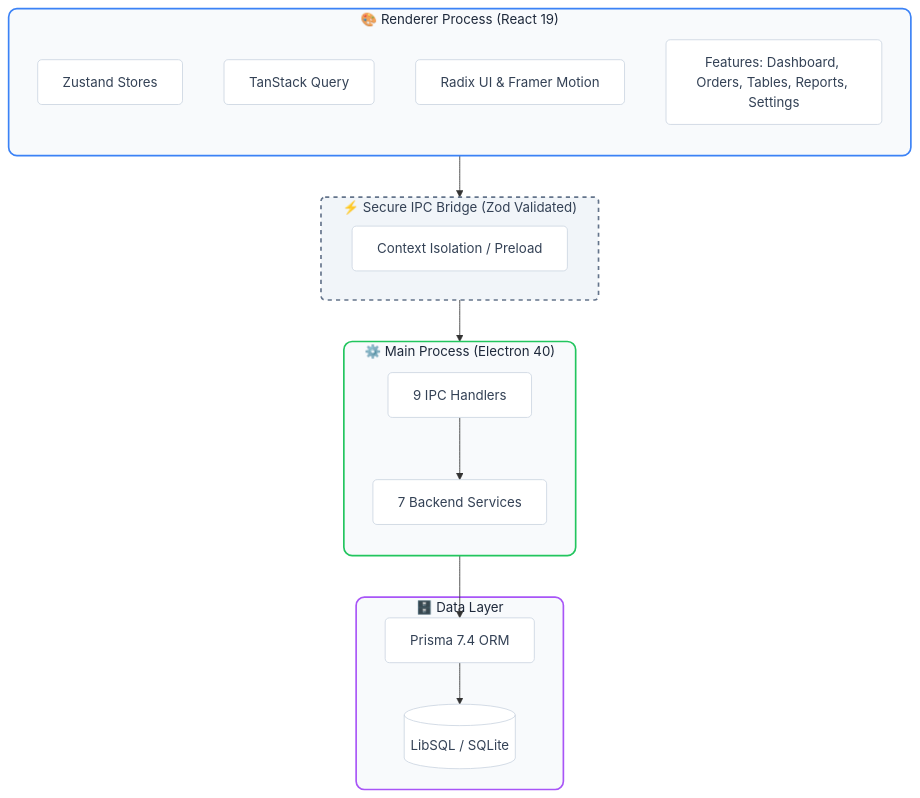
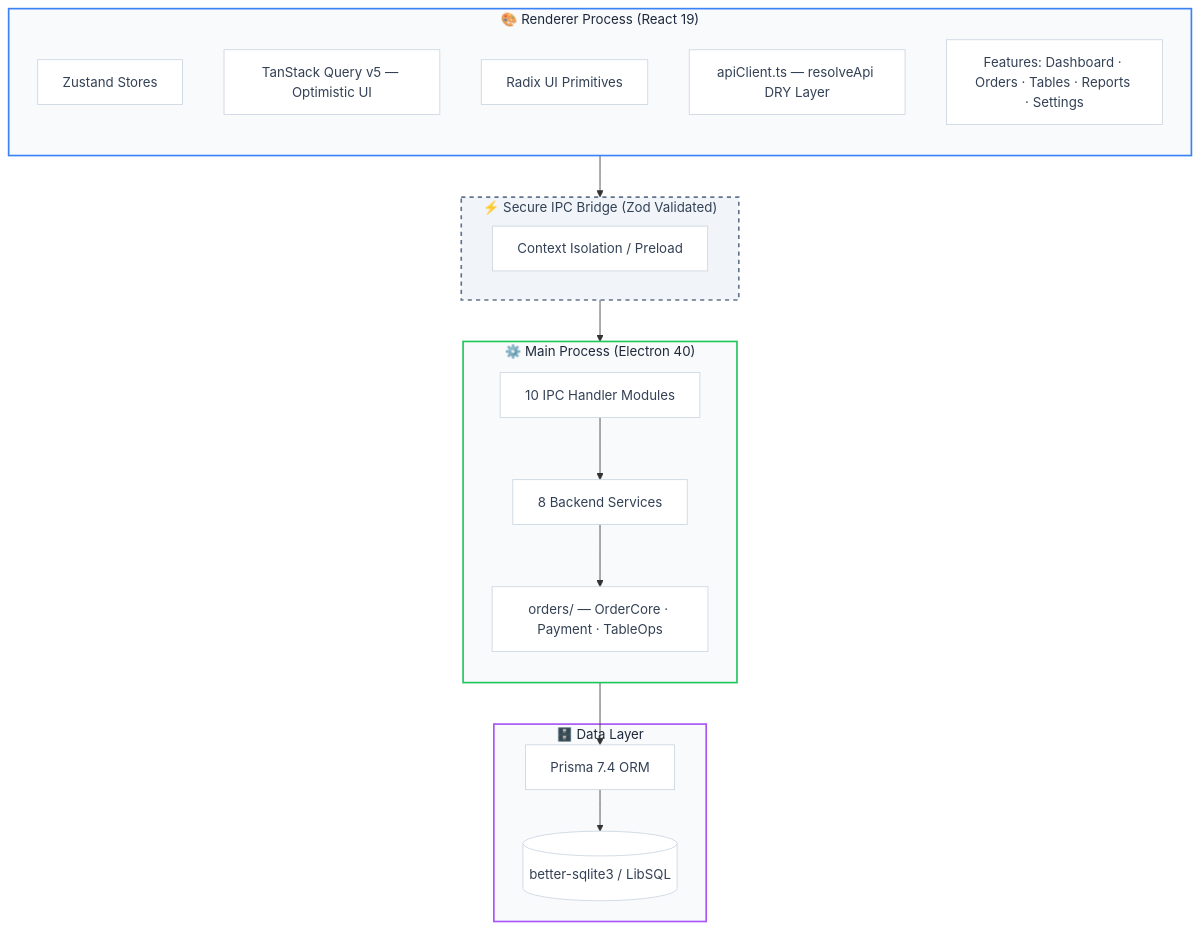
Before and after one commit to baranyalcinn/cafe-adisyon: the diagram in README.md, drawn with Mermaid. The commit also changed other lines of this file and 2 other files, not shown here.

````diff
--- a/README.md
+++ b/README.md
@@ -86,44 +89,45 @@
 ```mermaid
 graph TD
-    %% Styles
-    classDef renderer fill:#f8fafc,stroke:#3b82f6,stroke-width:2px,rx:10,ry:10,color:#1e293b;
-    classDef main fill:#f8fafc,stroke:#22c55e,stroke-width:2px,rx:10,ry:10,color:#1e293b;
-    classDef ipc fill:#f1f5f9,stroke:#64748b,stroke-width:2px,stroke-dasharray: 5 5,rx:5,ry:5,color:#334155;
-    classDef db fill:#f8fafc,stroke:#a855f7,stroke-width:2px,rx:10,ry:10,color:#1e293b;
-    classDef node fill:#ffffff,stroke:#cbd5e1,stroke-width:1px,rx:5,ry:5,color:#334155;
+    classDef renderer fill:#f8fafc,stroke:#3b82f6,stroke-width:2px,color:#1e293b;
+    classDef main fill:#f8fafc,stroke:#22c55e,stroke-width:2px,color:#1e293b;
+    classDef ipc fill:#f1f5f9,stroke:#64748b,stroke-width:2px,stroke-dasharray:5 5,color:#334155;
+    classDef db fill:#f8fafc,stroke:#a855f7,stroke-width:2px,color:#1e293b;
+    classDef node fill:#ffffff,stroke:#cbd5e1,stroke-width:1px,color:#334155;
 
     subgraph Renderer ["🎨 Renderer Process (React 19)"]
         direction TB
         Z[Zustand Stores]:::node
-        Q[TanStack Query]:::node
-        UI[Radix UI & Framer Motion]:::node
-
-        feat[Features: Dashboard, Orders, Tables, Reports, Settings]:::node
+        Q[TanStack Query v5 — Optimistic UI]:::node
+        UI[Radix UI Primitives]:::node
+        SVC[apiClient.ts — resolveApi DRY Layer]:::node
+        feat[Features: Dashboard · Orders · Tables · Reports · Settings]:::node
     end
 
     subgraph IPC ["⚡ Secure IPC Bridge (Zod Validated)"]
         Preload[Context Isolation / Preload]:::node
     end
 
     subgraph Main ["⚙️ Main Process (Electron 40)"]
         direction TB
-        Handlers[9 IPC Handlers]:::node
-        Services[7 Backend Services]:::node
+        Handlers[10 IPC Handler Modules]:::node
+        Services[8 Backend Services]:::node
+        OrderSub[orders/ — OrderCore · Payment · TableOps]:::node
     end
 
     subgraph Database ["🗄️ Data Layer"]
         Prisma[Prisma 7.4 ORM]:::node
-        SQLite[(LibSQL / SQLite)]:::node
+        SQLite[(better-sqlite3 / LibSQL)]:::node
     end
 
     Renderer --> IPC
     IPC --> Main
     Handlers --> Services
-    Services --> Prisma
+    Services --> OrderSub
+    OrderSub --> Prisma
     Prisma --> SQLite
 
     class Renderer renderer
     class Main main
     class IPC ipc
     class Database db
 ```
````
